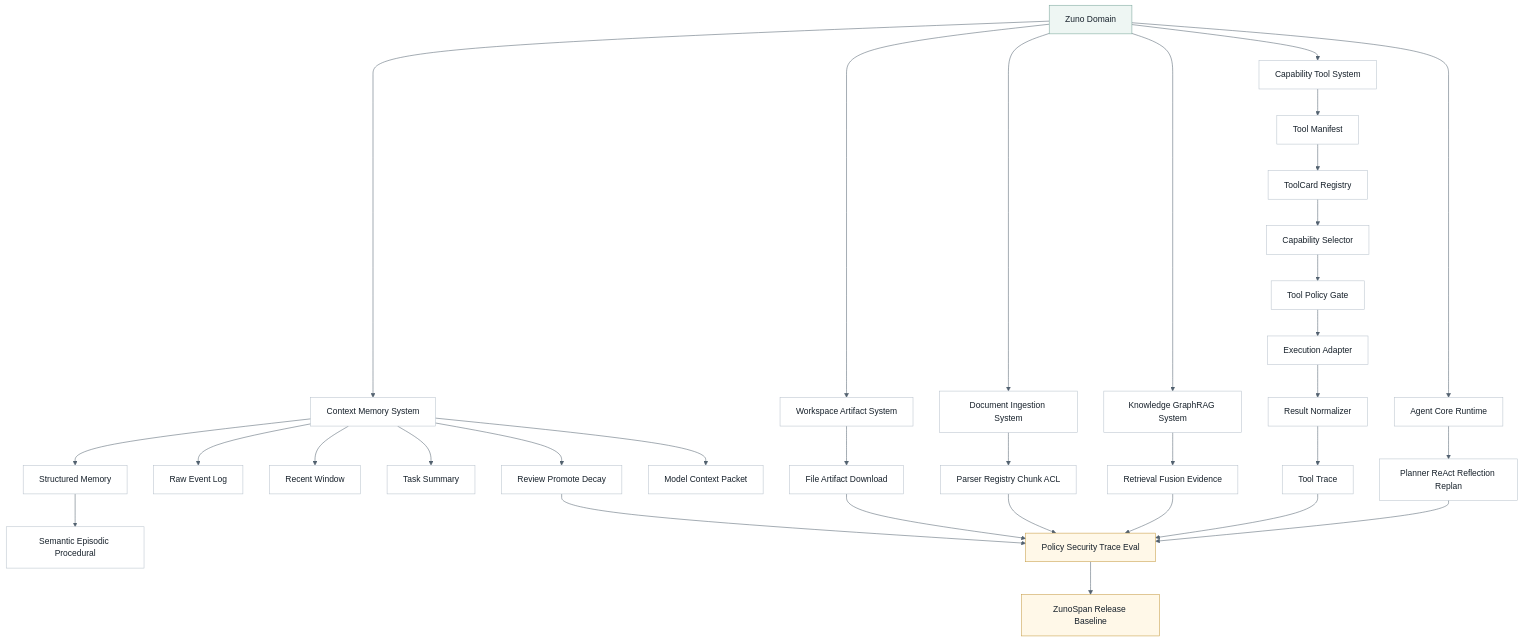
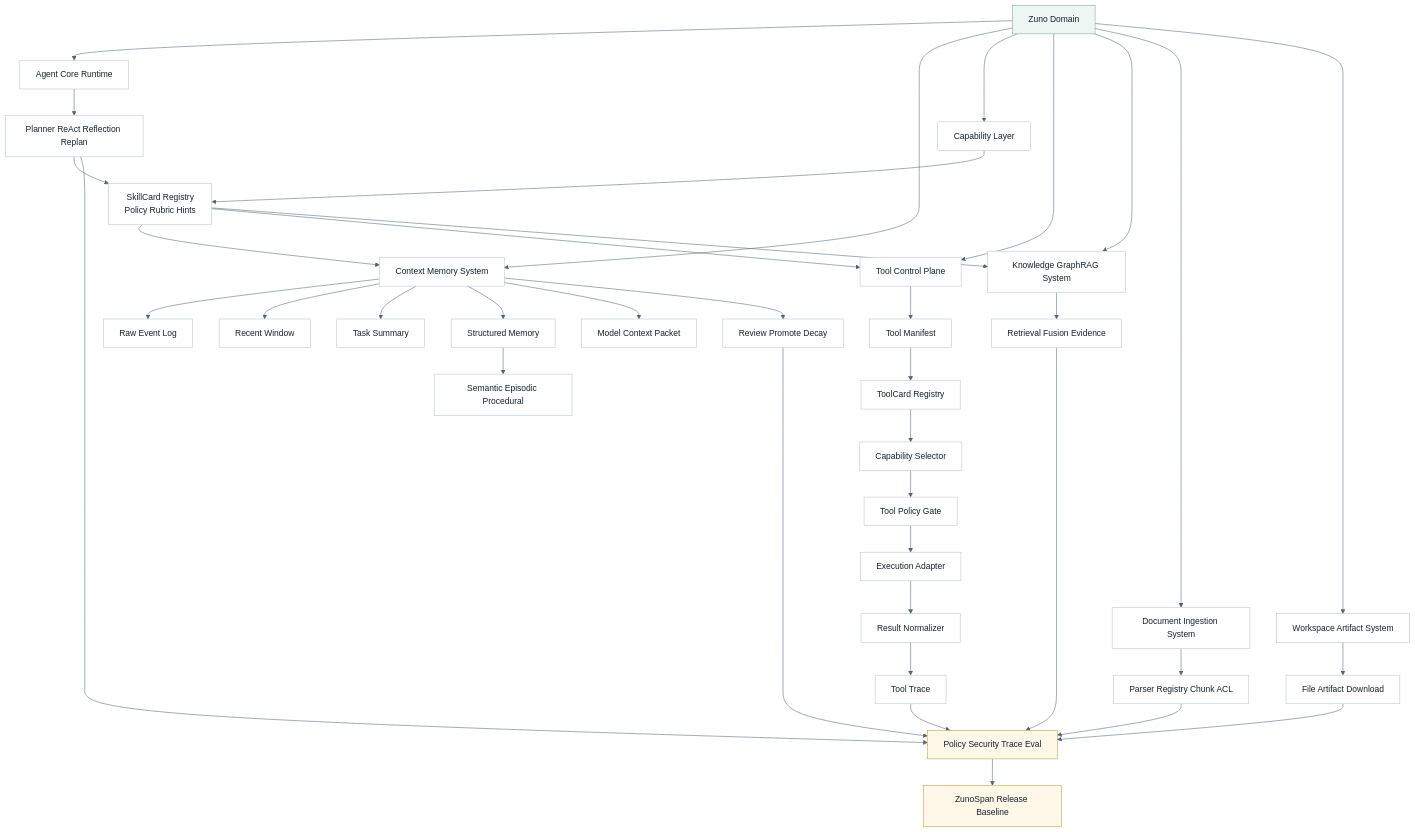
One commit to ProfessorZhi/Zuno changed the sixth of 10 diagrams in .agent/architecture/architecture.md. Above: the diagram before and after it, drawn with Mermaid. The commit also changed other lines of this file and 12 other files, not shown here.

Commit message:
docs: define agent core capability architecture

````diff
--- a/.agent/architecture/architecture.md
+++ b/.agent/architecture/architecture.md
@@ -1581,43 +1698,49 @@
 ```mermaid
 %%{init: {"theme": "base", "themeVariables": {"background": "#f7f8fb", "lineColor": "#52616f"}}}%%
 flowchart TB
   classDef node fill:#ffffff,stroke:#b8c2cc,stroke-width:1px,color:#16202a;
   classDef accent fill:#eef6f3,stroke:#7aa59a,stroke-width:1px,color:#16202a;
   classDef guard fill:#fff8e8,stroke:#c59b43,stroke-width:1px,color:#16202a;
 
   DOMAIN["Zuno Domain"]:::accent
   DOMAIN --> RUNTIME["Agent Core Runtime"]
   DOMAIN --> MEMORY["Context Memory System"]
-  DOMAIN --> CAPABILITY["Capability Tool System"]
+  DOMAIN --> SKILLCAP["Capability Layer"]
+  DOMAIN --> CAPABILITY["Tool Control Plane"]
   DOMAIN --> KNOWLEDGE["Knowledge GraphRAG System"]
   DOMAIN --> INGESTION["Document Ingestion System"]
   DOMAIN --> WORKSPACE["Workspace Artifact System"]
   RUNTIME --> PLAN["Planner ReAct Reflection Replan"]
+  PLAN --> SKILLCARD["SkillCard Registry<br/>Policy Rubric Hints"]
+  SKILLCARD --> MEMORY
+  SKILLCARD --> CAPABILITY
+  SKILLCARD --> KNOWLEDGE
   MEMORY --> RAW["Raw Event Log"]
   MEMORY --> WINDOW["Recent Window"]
   MEMORY --> SUMMARY["Task Summary"]
   MEMORY --> STRUCT["Structured Memory"]
   STRUCT --> TYPES["Semantic Episodic Procedural"]
   MEMORY --> PACK["Model Context Packet"]
   MEMORY --> GOV["Review Promote Decay"]
+  SKILLCAP --> SKILLCARD
   CAPABILITY --> MANIFEST["Tool Manifest"]
   MANIFEST --> CARD["ToolCard Registry"]
   CARD --> SELECT["Capability Selector"]
   SELECT --> TOOLPOL["Tool Policy Gate"]
   TOOLPOL --> EXEC["Execution Adapter"]
   EXEC --> NORMAL["Result Normalizer"]
   NORMAL --> TOOLTRACE["Tool Trace"]
   KNOWLEDGE --> RET["Retrieval Fusion Evidence"]
   INGESTION --> DOC["Parser Registry Chunk ACL"]
   WORKSPACE --> ART["File Artifact Download"]
   POLICY["Policy Security Trace Eval"]:::guard
   PLAN --> POLICY
   TOOLTRACE --> POLICY
   RET --> POLICY
   DOC --> POLICY
   ART --> POLICY
   GOV --> POLICY
   SPAN["ZunoSpan Release Baseline"]:::guard
   POLICY --> SPAN
-  class RUNTIME,MEMORY,CAPABILITY,KNOWLEDGE,INGESTION,WORKSPACE,PLAN,RAW,WINDOW,SUMMARY,STRUCT,TYPES,PACK,GOV,MANIFEST,CARD,SELECT,TOOLPOL,EXEC,NORMAL,TOOLTRACE,RET,DOC,ART node;
+  class RUNTIME,MEMORY,SKILLCAP,CAPABILITY,KNOWLEDGE,INGESTION,WORKSPACE,PLAN,SKILLCARD,RAW,WINDOW,SUMMARY,STRUCT,TYPES,PACK,GOV,MANIFEST,CARD,SELECT,TOOLPOL,EXEC,NORMAL,TOOLTRACE,RET,DOC,ART node;
 ```
````
